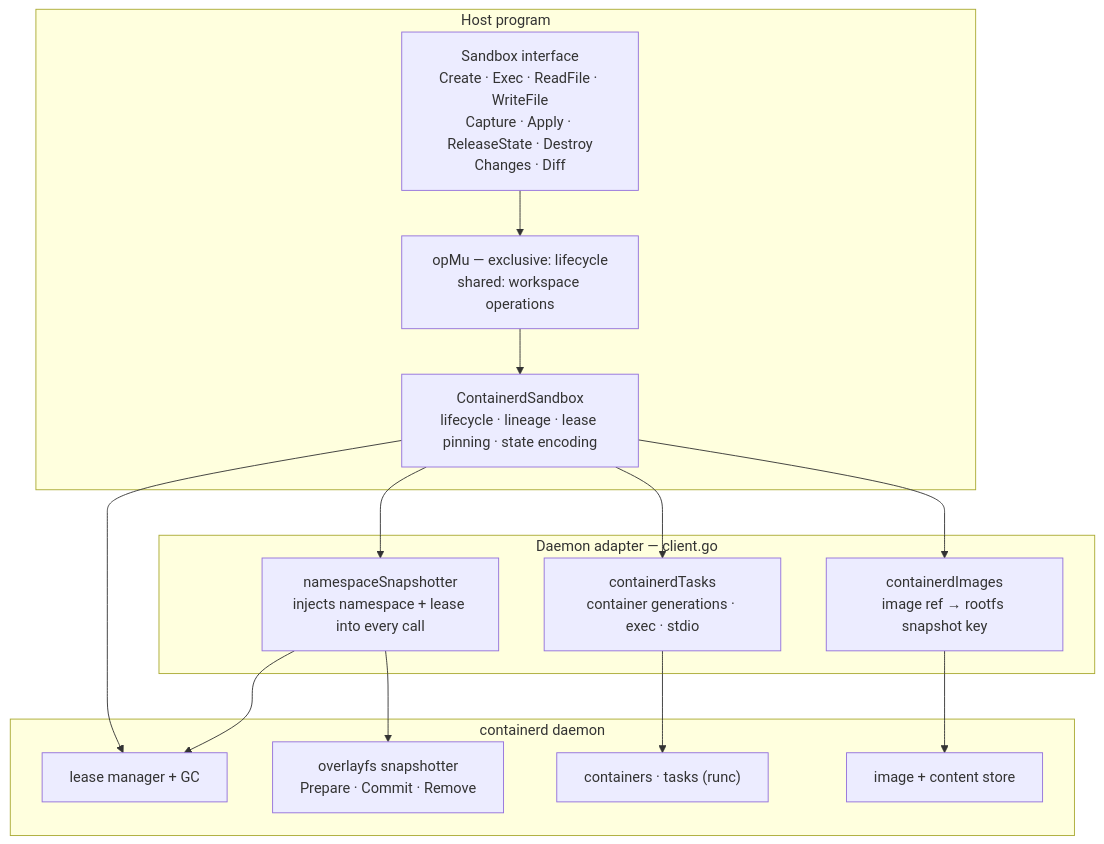
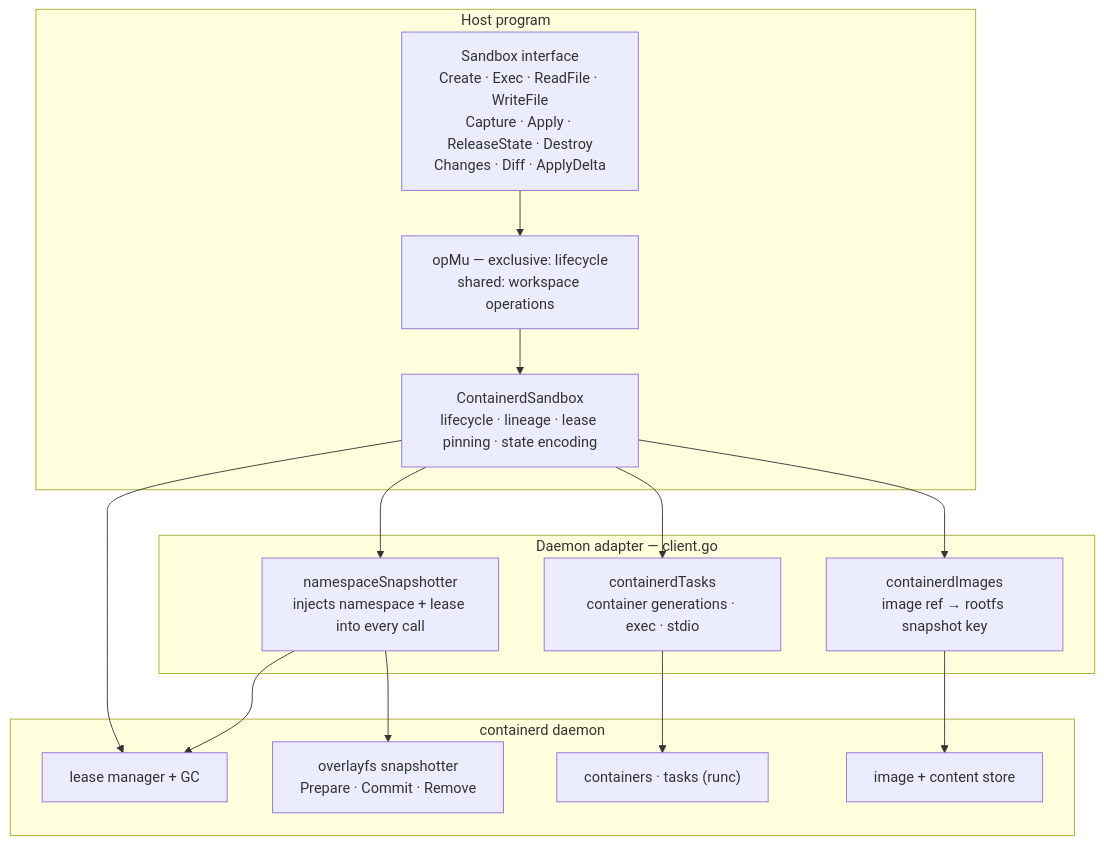
Before and after one commit to buchenberg/croft: the first of 5 diagrams in docs/overview.md, drawn with Mermaid. The commit also changed other lines of this file and 6 other files, not shown here.

````diff
--- a/docs/overview.md
+++ b/docs/overview.md
@@ -28,30 +28,30 @@
 ```mermaid
 flowchart TB
     subgraph host["Host program"]
-        API["Sandbox interface<br/>Create · Exec · ReadFile · WriteFile<br/>Capture · Apply · ReleaseState · Destroy<br/>Changes · Diff"]
+        API["Sandbox interface<br/>Create · Exec · ReadFile · WriteFile<br/>Capture · Apply · ReleaseState · Destroy<br/>Changes · Diff · ApplyDelta"]
         OP["opMu — exclusive: lifecycle<br/>shared: workspace operations"]
         SB["ContainerdSandbox<br/>lifecycle · lineage · lease pinning · state encoding"]
         API --> OP --> SB
     end
 
     subgraph adapter["Daemon adapter — client.go"]
         SNAP["namespaceSnapshotter<br/>injects namespace + lease into every call"]
         IMG["containerdImages<br/>image ref → rootfs snapshot key"]
         TASK["containerdTasks<br/>container generations · exec · stdio"]
     end
     SB --> SNAP
     SB --> IMG
     SB --> TASK
     SB --> LEASE
 
     subgraph daemon["containerd daemon"]
         OVL["overlayfs snapshotter<br/>Prepare · Commit · Remove"]
         LEASE["lease manager + GC"]
         RUNC["containers · tasks (runc)"]
         CSTORE["image + content store"]
     end
     SNAP --> OVL
     SNAP --> LEASE
     TASK --> RUNC
     IMG --> CSTORE
 ```
````
